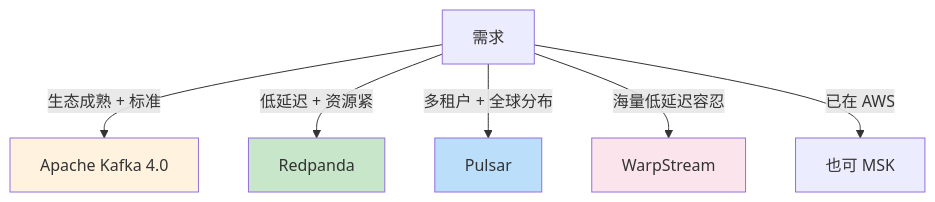
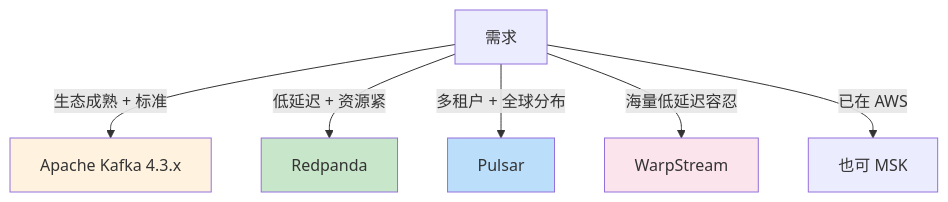
The first of 2 diagrams in kafka/12-精通-生产运维.md (Kirby980/backend-handbook), drawn with Mermaid before and after one commit. The commit also changed other lines of this file and 135 other files, not shown here.

````diff
--- a/kafka/12-精通-生产运维.md
+++ b/kafka/12-精通-生产运维.md
@@ -447,14 +447,14 @@
 ```mermaid
 flowchart TD
     Q[需求]
-    Q -->|生态成熟 + 标准| K[Apache Kafka 4.0]
+    Q -->|生态成熟 + 标准| K[Apache Kafka 4.3.x]
     Q -->|低延迟 + 资源紧| R[Redpanda]
     Q -->|多租户 + 全球分布| P[Pulsar]
     Q -->|海量低延迟容忍| W[WarpStream]
     Q -->|已在 AWS| W2[也可 MSK]
 
     style K fill:#fff3e0
     style R fill:#c8e6c9
     style P fill:#bbdefb
     style W fill:#fce4ec
 ```
````
